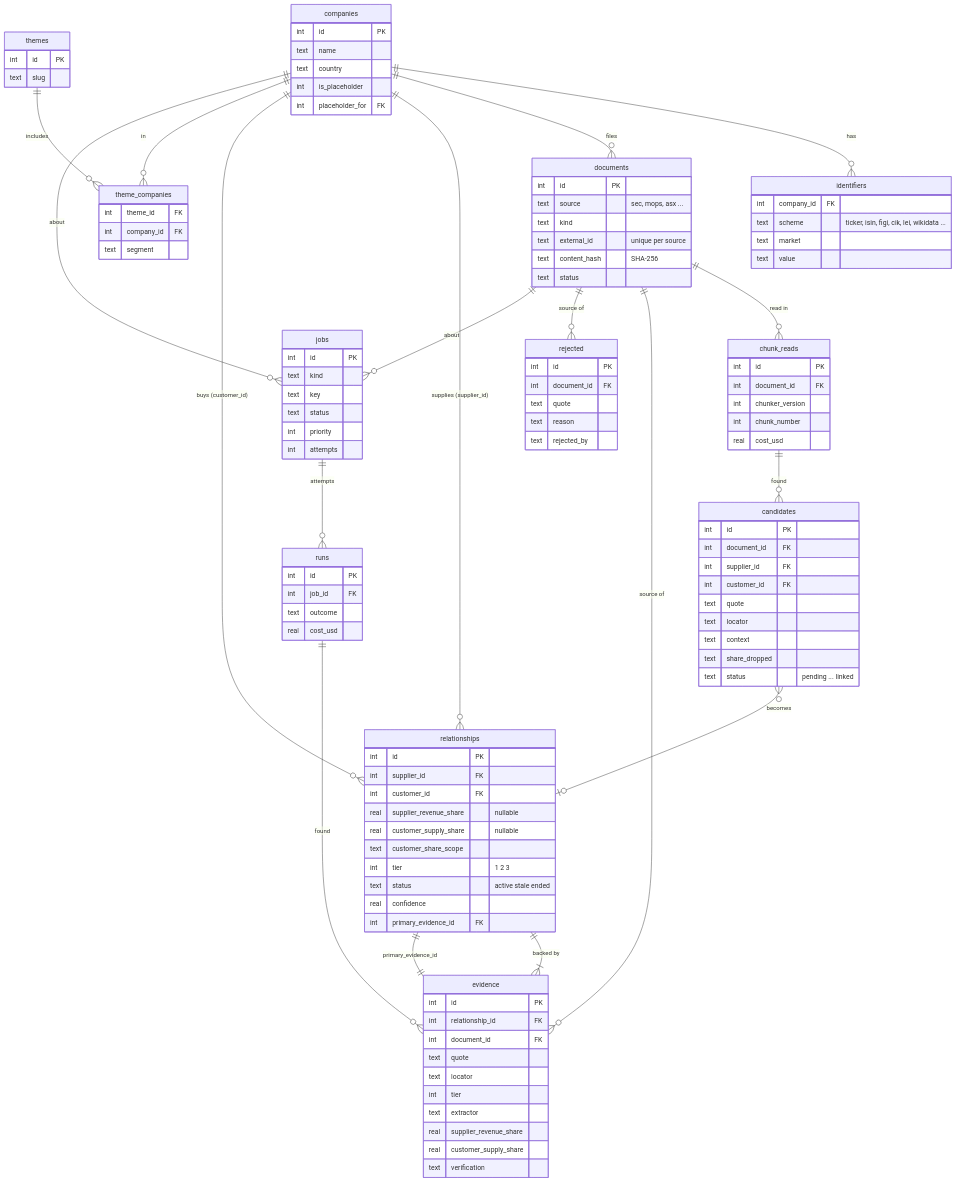
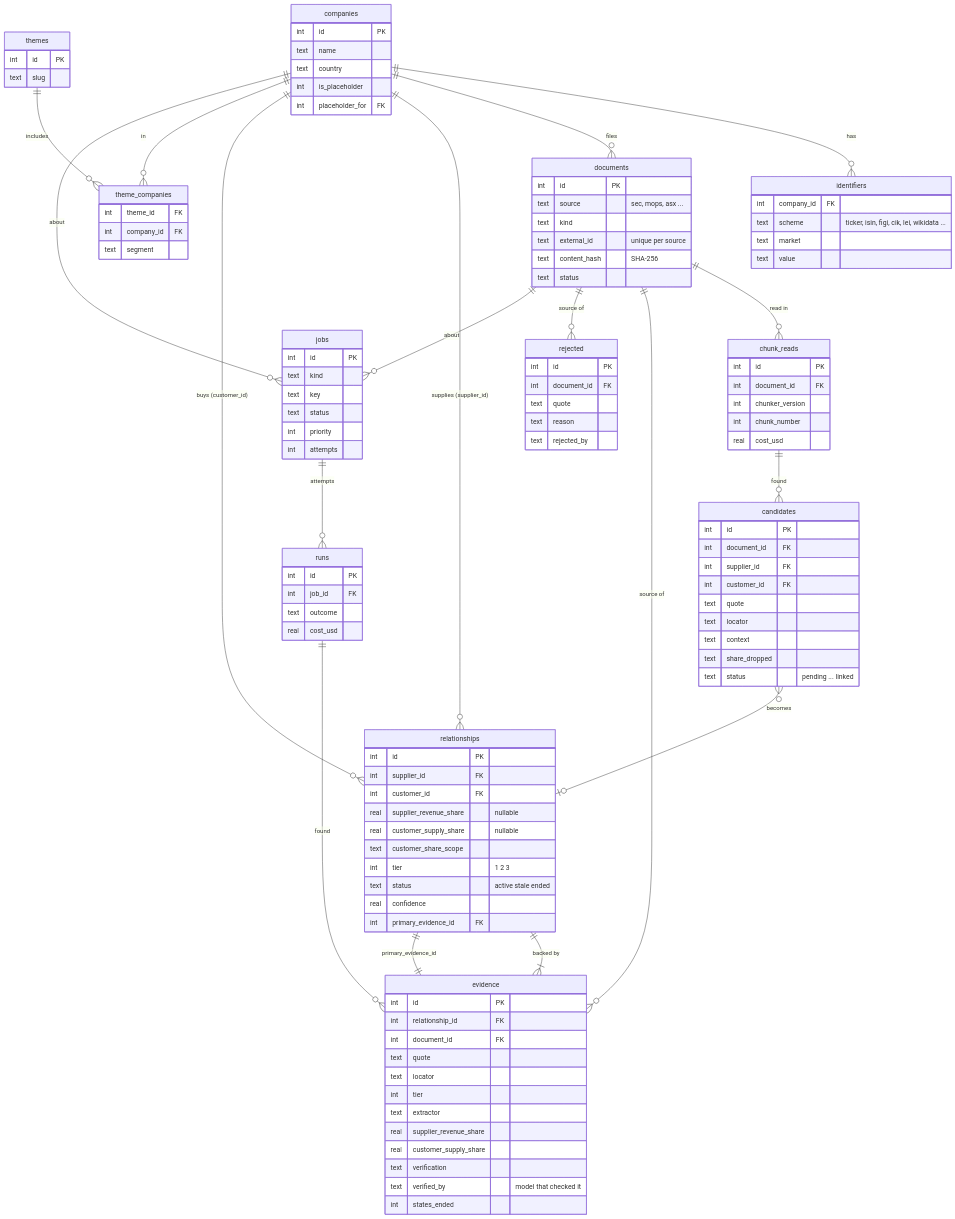
One commit to Indomie-glitch/ibkr-portfolio-manager changed the diagram in docs/supply-chain-graph.md. Above: the diagram before and after it, drawn with Mermaid. The commit also changed other lines of this file and 3 other files, not shown here.

```diff
--- a/docs/supply-chain-graph.md
+++ b/docs/supply-chain-graph.md
@@ -99,7 +99,9 @@
         text extractor
         real supplier_revenue_share
         real customer_supply_share
-        text verification }
+        text verification
+        text verified_by "model that checked it"
+        int states_ended }
     rejected { int id PK
         int document_id FK
         text quote
```
